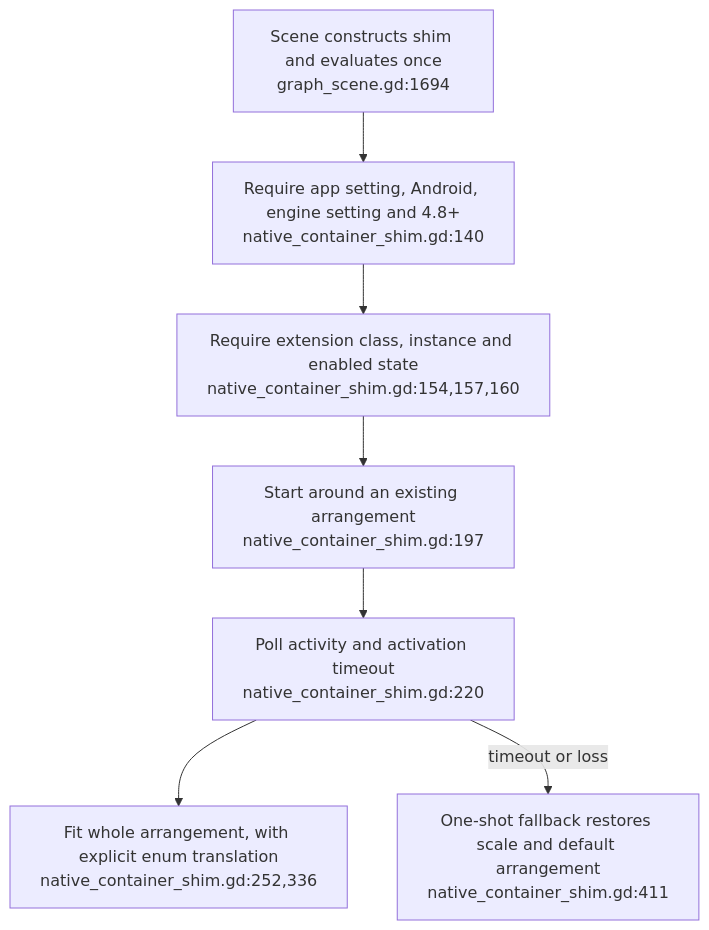
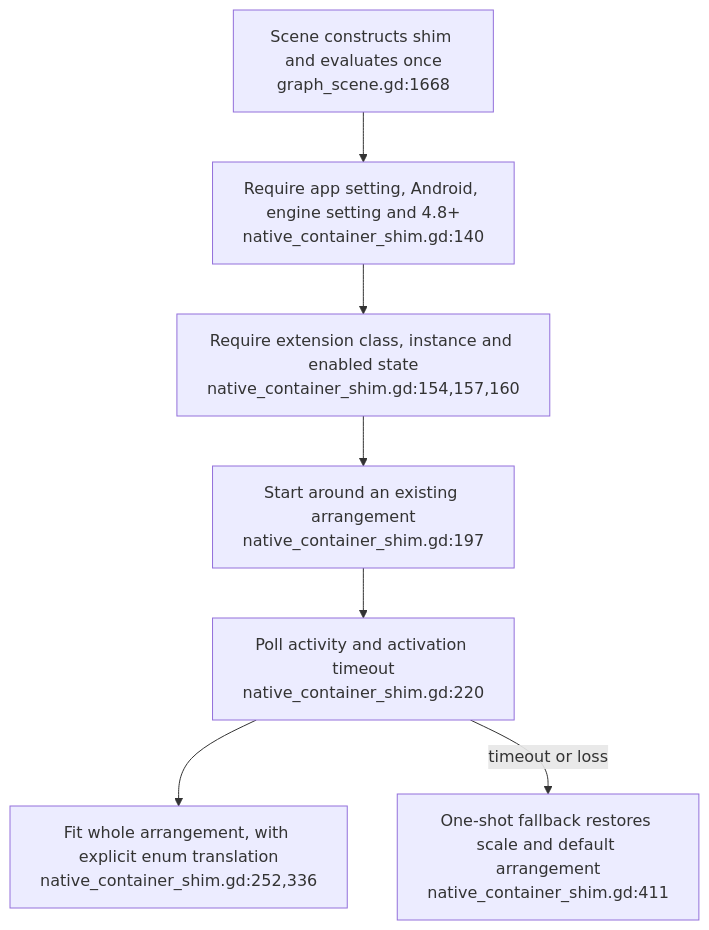
Before and after one commit to DreamLab-AI/VisionFlow: the third of 3 diagrams in docs/diagrams/visionclaw/46-spatial-volume-fit-and-link-budget.md, drawn with Mermaid. The commit also changed other lines of this file and 24 other files, not shown here.

Commit message:
docs: align XR liveness, filtering and rendering diagrams (#33)

````diff
--- a/docs/diagrams/visionclaw/46-spatial-volume-fit-and-link-budget.md
+++ b/docs/diagrams/visionclaw/46-spatial-volume-fit-and-link-budget.md
@@ -69,9 +69,9 @@
 ```mermaid
 flowchart TD
-    BOOT["Scene constructs shim and evaluates once<br/>graph_scene.gd:1694"] --> GATE["Require app setting, Android, engine setting and 4.8+<br/>native_container_shim.gd:140"]
+    BOOT["Scene constructs shim and evaluates once<br/>graph_scene.gd:1668"] --> GATE["Require app setting, Android, engine setting and 4.8+<br/>native_container_shim.gd:140"]
     GATE --> EXT["Require extension class, instance and enabled state<br/>native_container_shim.gd:154,157,160"]
     EXT --> START["Start around an existing arrangement<br/>native_container_shim.gd:197"]
     START --> WATCH["Poll activity and activation timeout<br/>native_container_shim.gd:220"]
     WATCH --> FIT["Fit whole arrangement, with explicit enum translation<br/>native_container_shim.gd:252,336"]
     WATCH -->|timeout or loss| FALL["One-shot fallback restores scale and default arrangement<br/>native_container_shim.gd:411"]
 ```
````
